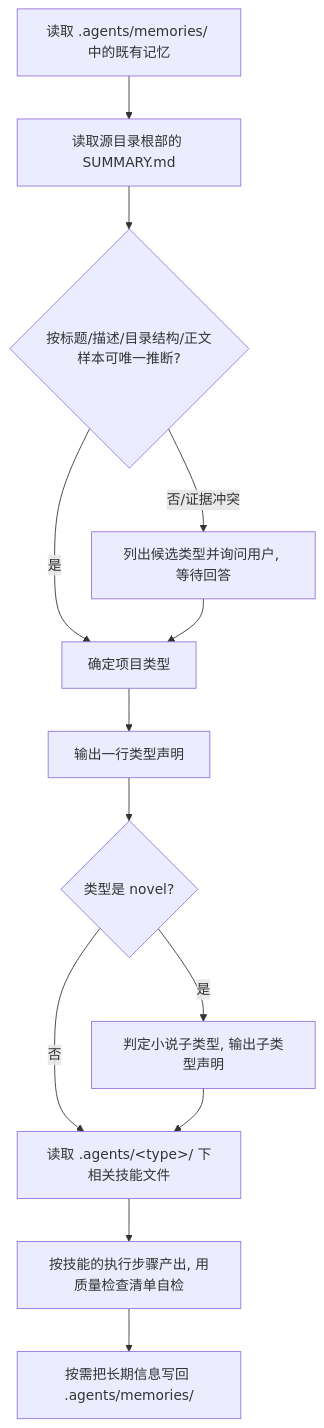
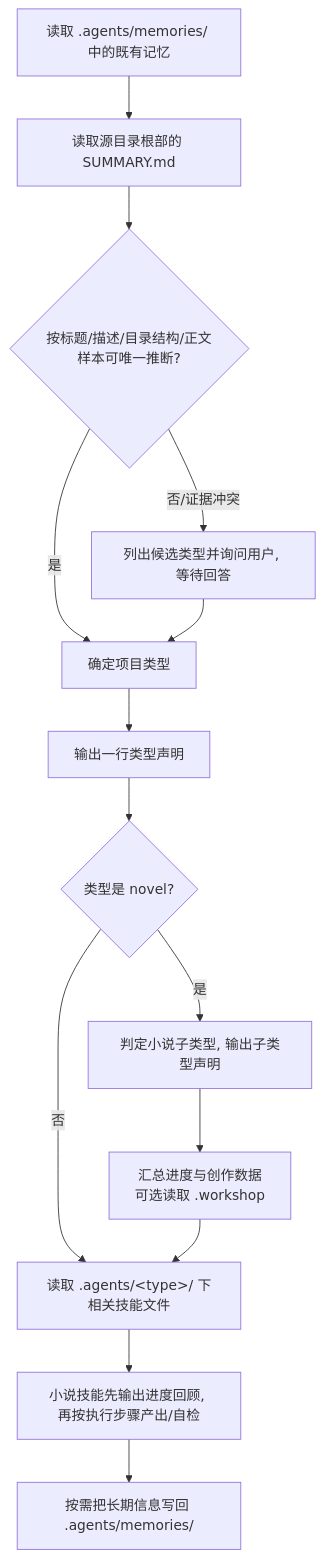
The diagram in docs/prd/11-ai-skills.md (the-writer/camus), drawn with Mermaid before and after one commit. The commit also changed other lines of this file and 24 other files, not shown here.

````diff
--- a/docs/prd/11-ai-skills.md
+++ b/docs/prd/11-ai-skills.md
@@ -58,15 +58,16 @@
 ```mermaid
 flowchart TD
     A[读取 .agents/memories/ 中的既有记忆] --> B[读取源目录根部的 SUMMARY.md]
     B --> C{按标题/描述/目录结构/正文样本可唯一推断?}
     C -->|是| D[确定项目类型]
     C -->|否/证据冲突| E[列出候选类型并询问用户, 等待回答]
     E --> D
     D --> F[输出一行类型声明]
     F --> G{类型是 novel?}
     G -->|否| I[读取 .agents/&lt;type&gt;/ 下相关技能文件]
     G -->|是| H[判定小说子类型, 输出子类型声明]
-    H --> I
-    I --> J[按技能的执行步骤产出, 用质量检查清单自检]
+    H --> H2[汇总进度与创作数据<br/>可选读取 .workshop]
+    H2 --> I
+    I --> J[小说技能先输出进度回顾, 再按执行步骤产出/自检]
     J --> K[按需把长期信息写回 .agents/memories/]
 ```
````
